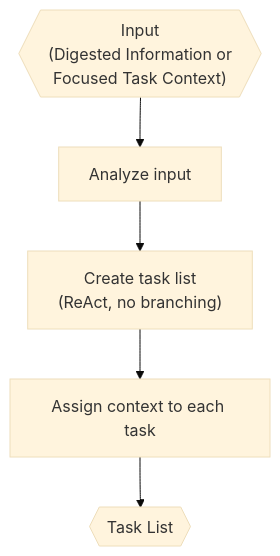
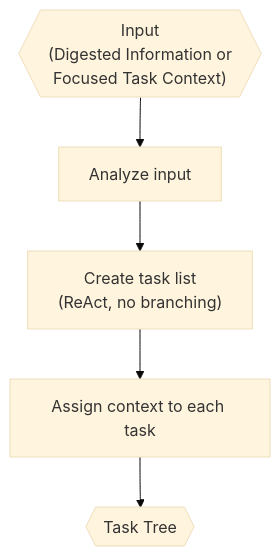
The diagram in src/tinycua/docs/architecture/task-analysis.md (VJyzCELERY/TINYCUA), drawn with Mermaid (base theme) before and after one commit. The commit also changed other lines of this file and 6 other files, not shown here.

First line of the commit message:
docs(tinycua): update architecture docs to reference Task Tree consistently

````diff
--- a/src/tinycua/docs/architecture/task-analysis.md
+++ b/src/tinycua/docs/architecture/task-analysis.md
@@ -40,13 +40,13 @@
 ```mermaid
 flowchart TD
     INPUT{{"Input\n(Digested Information or\nFocused Task Context)"}}
     ANALYZE["Analyze input"]
     DECOMPOSE["Create task list\n(ReAct, no branching)"]
     ASSIGN["Assign context to each task"]
-    TL{{"Task List"}}
+    TL{{"Task Tree"}}
 
     INPUT --> ANALYZE
     ANALYZE --> DECOMPOSE
     DECOMPOSE --> ASSIGN
     ASSIGN --> TL
 ```
````
